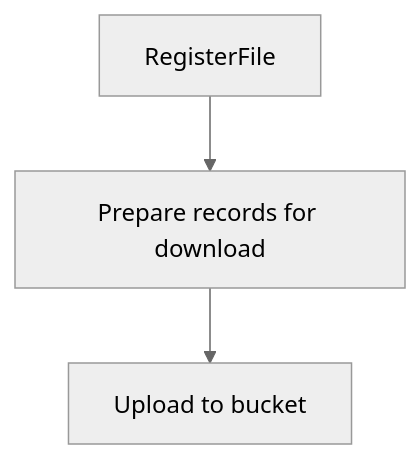
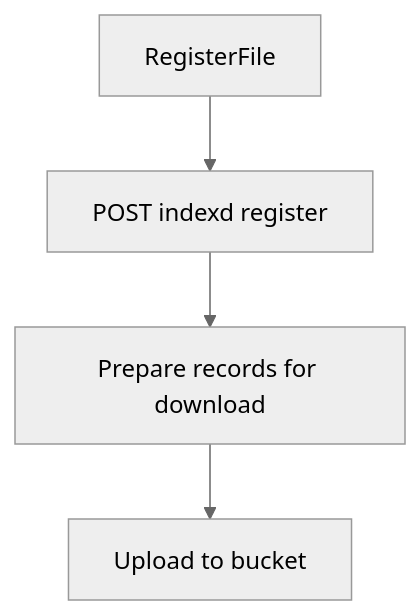
The second of 3 diagrams in docs/indexd-registerfile-upsert.md (calypr/git-drs), drawn with Mermaid (neutral theme) before and after one commit. The commit also changed 1 other file, not shown here.

Commit message:
Apply suggestions from code review

````diff
--- a/docs/indexd-registerfile-upsert.md
+++ b/docs/indexd-registerfile-upsert.md
@@ -40,5 +40,6 @@
 ```mermaid
 flowchart TD
-    A[RegisterFile] --> H[Prepare records for download]
+    A[RegisterFile] --> B[POST indexd register]
+    B --> H[Prepare records for download]
     H --> J[Upload to bucket]
 ```
````
